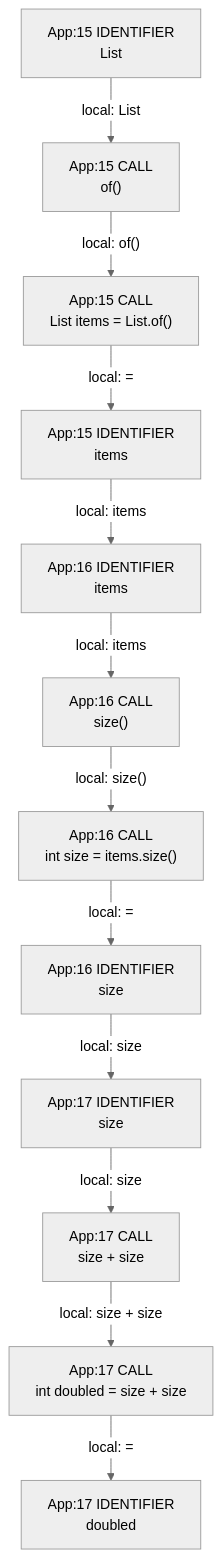
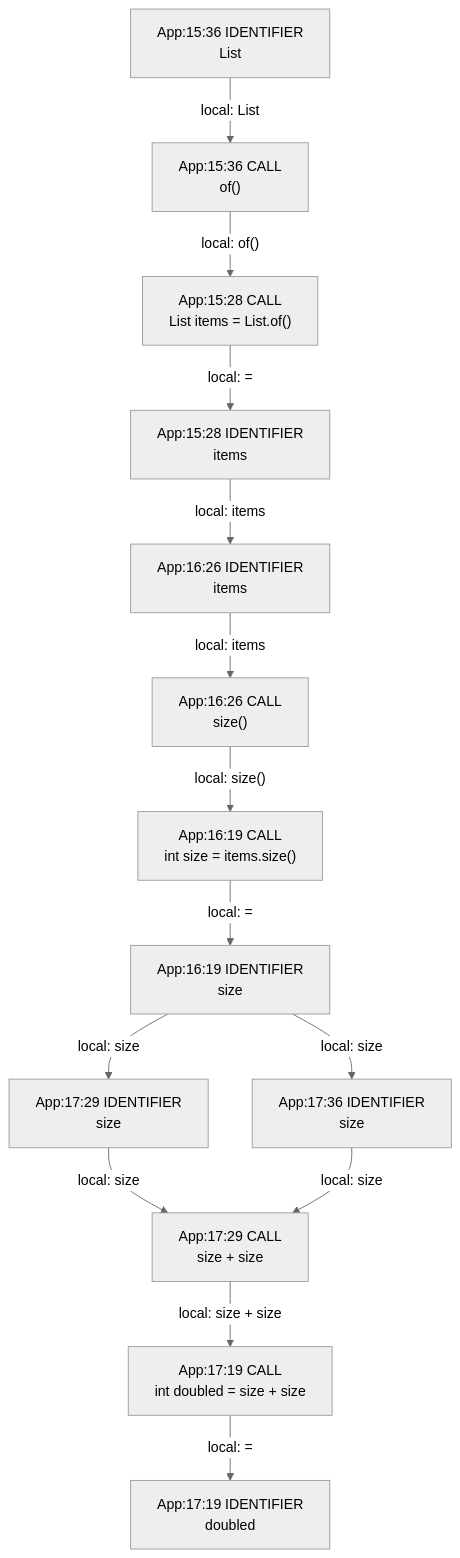
Before and after one commit to gstiebler/codeflow: the diagram in app/src/test/resources/externalObject/spike-truth.md, drawn with Mermaid (neutral theme). The commit also changed 154 other files, not shown here.

````diff
--- a/app/src/test/resources/externalObject/spike-truth.md
+++ b/app/src/test/resources/externalObject/spike-truth.md
@@ -3,26 +3,29 @@
 ```mermaid
 flowchart TD
-  n0["App:15 CALL<br/>List items = List.of()"]
-  n1["App:15 CALL<br/>of()"]
-  n2["App:15 IDENTIFIER<br/>List"]
-  n3["App:15 IDENTIFIER<br/>items"]
-  n4["App:16 CALL<br/>int size = items.size()"]
-  n5["App:16 CALL<br/>size()"]
-  n6["App:16 IDENTIFIER<br/>items"]
-  n7["App:16 IDENTIFIER<br/>size"]
-  n8["App:17 CALL<br/>int doubled = size + size"]
-  n9["App:17 CALL<br/>size + size"]
-  n10["App:17 IDENTIFIER<br/>doubled"]
-  n11["App:17 IDENTIFIER<br/>size"]
-  n0 -->|"local: ="| n3
-  n1 -->|"local: of()"| n0
-  n11 -->|"local: size"| n9
-  n2 -->|"local: List"| n1
-  n3 -->|"local: items"| n6
-  n4 -->|"local: ="| n7
-  n5 -->|"local: size()"| n4
-  n6 -->|"local: items"| n5
-  n7 -->|"local: size"| n11
-  n8 -->|"local: ="| n10
-  n9 -->|"local: size + size"| n8
+  n0["App:15:28 CALL<br/>List items = List.of()"]
+  n1["App:15:28 IDENTIFIER<br/>items"]
+  n2["App:15:36 CALL<br/>of()"]
+  n3["App:15:36 IDENTIFIER<br/>List"]
+  n4["App:16:19 CALL<br/>int size = items.size()"]
+  n5["App:16:19 IDENTIFIER<br/>size"]
+  n6["App:16:26 CALL<br/>size()"]
+  n7["App:16:26 IDENTIFIER<br/>items"]
+  n8["App:17:19 CALL<br/>int doubled = size + size"]
+  n9["App:17:19 IDENTIFIER<br/>doubled"]
+  n10["App:17:29 CALL<br/>size + size"]
+  n11["App:17:29 IDENTIFIER<br/>size"]
+  n12["App:17:36 IDENTIFIER<br/>size"]
+  n0 -->|"local: ="| n1
+  n1 -->|"local: items"| n7
+  n10 -->|"local: size + size"| n8
+  n11 -->|"local: size"| n10
+  n12 -->|"local: size"| n10
+  n2 -->|"local: of()"| n0
+  n3 -->|"local: List"| n2
+  n4 -->|"local: ="| n5
+  n5 -->|"local: size"| n11
+  n5 -->|"local: size"| n12
+  n6 -->|"local: size()"| n4
+  n7 -->|"local: items"| n6
+  n8 -->|"local: ="| n9
 ```
````
